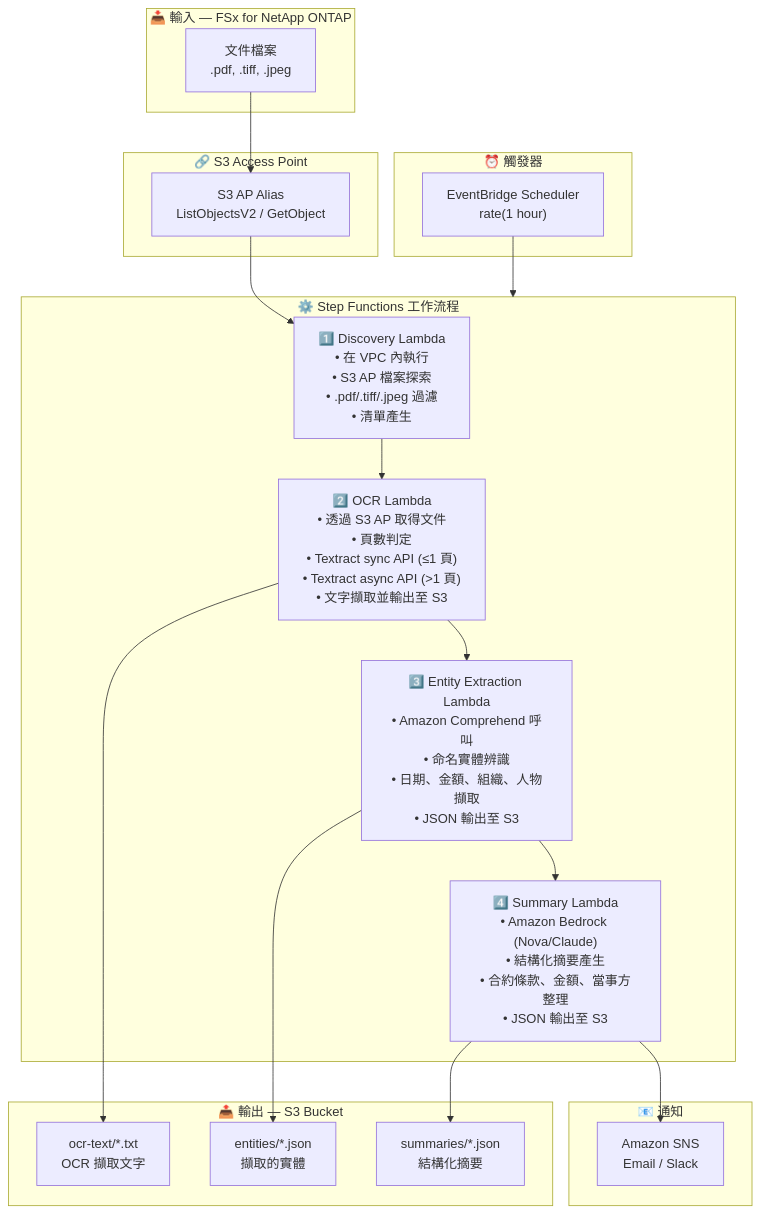
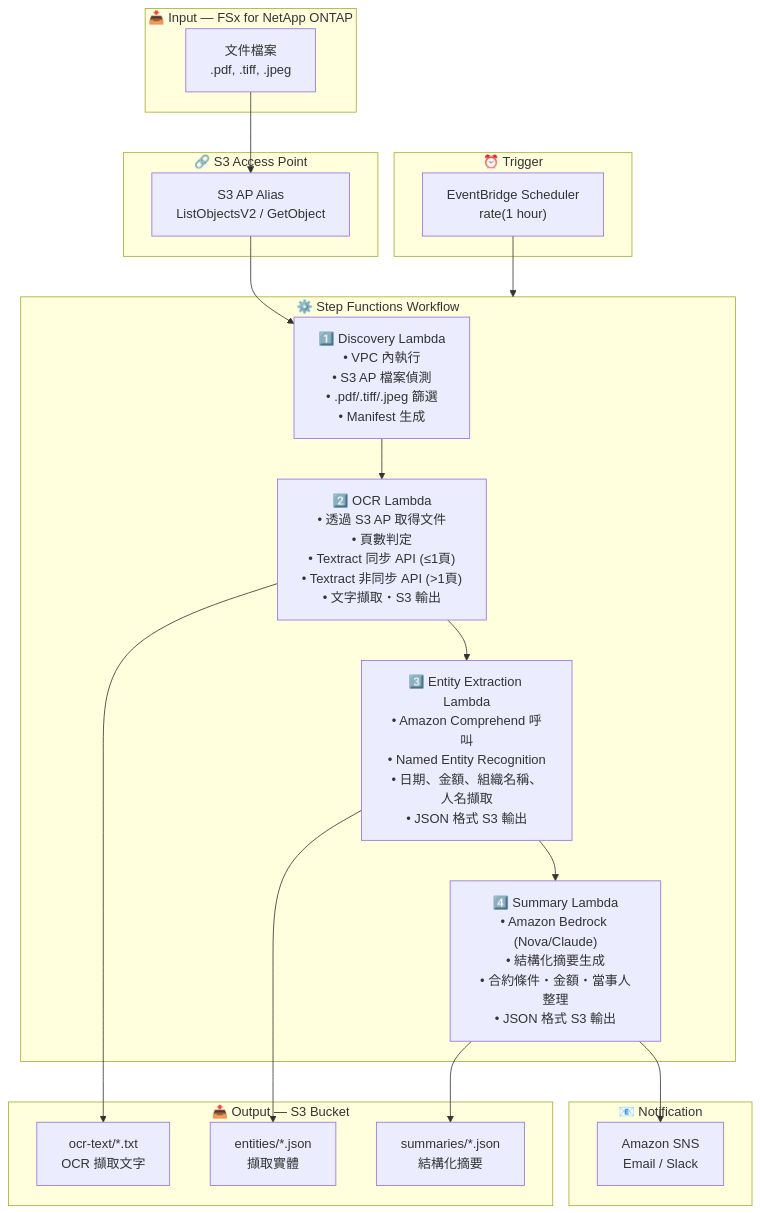
Before and after one commit to Yoshiki0705/FSx-for-ONTAP-S3AccessPoints-Serverless-Patterns: the diagram in financial-idp/docs/architecture.zh-TW.md, drawn with Mermaid. The commit also changed other lines of this file and 54 other files, not shown here.

````diff
--- a/financial-idp/docs/architecture.zh-TW.md
+++ b/financial-idp/docs/architecture.zh-TW.md
@@ -11,42 +13,42 @@
 ```mermaid
 flowchart TB
-    subgraph INPUT["📥 輸入 — FSx for NetApp ONTAP"]
+    subgraph INPUT["📥 Input — FSx for NetApp ONTAP"]
         DOCS["文件檔案<br/>.pdf, .tiff, .jpeg"]
     end
 
     subgraph S3AP["🔗 S3 Access Point"]
         ALIAS["S3 AP Alias<br/>ListObjectsV2 / GetObject"]
     end
 
-    subgraph TRIGGER["⏰ 觸發器"]
+    subgraph TRIGGER["⏰ Trigger"]
         EB["EventBridge Scheduler<br/>rate(1 hour)"]
     end
 
-    subgraph SFN["⚙️ Step Functions 工作流程"]
-        DISC["1️⃣ Discovery Lambda<br/>• 在 VPC 內執行<br/>• S3 AP 檔案探索<br/>• .pdf/.tiff/.jpeg 過濾<br/>• 清單產生"]
-        OCR["2️⃣ OCR Lambda<br/>• 透過 S3 AP 取得文件<br/>• 頁數判定<br/>• Textract sync API (≤1 頁)<br/>• Textract async API (>1 頁)<br/>• 文字擷取並輸出至 S3"]
-        ENT["3️⃣ Entity Extraction Lambda<br/>• Amazon Comprehend 呼叫<br/>• 命名實體辨識<br/>• 日期、金額、組織、人物擷取<br/>• JSON 輸出至 S3"]
-        SUM["4️⃣ Summary Lambda<br/>• Amazon Bedrock (Nova/Claude)<br/>• 結構化摘要產生<br/>• 合約條款、金額、當事方整理<br/>• JSON 輸出至 S3"]
+    subgraph SFN["⚙️ Step Functions Workflow"]
+        DISC["1️⃣ Discovery Lambda<br/>• VPC 內執行<br/>• S3 AP 檔案偵測<br/>• .pdf/.tiff/.jpeg 篩選<br/>• Manifest 生成"]
+        OCR["2️⃣ OCR Lambda<br/>• 透過 S3 AP 取得文件<br/>• 頁數判定<br/>• Textract 同步 API (≤1頁)<br/>• Textract 非同步 API (>1頁)<br/>• 文字擷取・S3 輸出"]
+        ENT["3️⃣ Entity Extraction Lambda<br/>• Amazon Comprehend 呼叫<br/>• Named Entity Recognition<br/>• 日期、金額、組織名稱、人名擷取<br/>• JSON 格式 S3 輸出"]
+        SUM["4️⃣ Summary Lambda<br/>• Amazon Bedrock (Nova/Claude)<br/>• 結構化摘要生成<br/>• 合約條件・金額・當事人整理<br/>• JSON 格式 S3 輸出"]
     end
 
-    subgraph OUTPUT["📤 輸出 — S3 Bucket"]
+    subgraph OUTPUT["📤 Output — S3 Bucket"]
         TEXT["ocr-text/*.txt<br/>OCR 擷取文字"]
-        ENTITIES["entities/*.json<br/>擷取的實體"]
+        ENTITIES["entities/*.json<br/>擷取實體"]
         SUMMARY["summaries/*.json<br/>結構化摘要"]
     end
 
-    subgraph NOTIFY["📧 通知"]
+    subgraph NOTIFY["📧 Notification"]
         SNS["Amazon SNS<br/>Email / Slack"]
     end
 
     DOCS --> ALIAS
     ALIAS --> DISC
     EB --> SFN
     DISC --> OCR
     OCR --> ENT
     ENT --> SUM
     OCR --> TEXT
     ENT --> ENTITIES
     SUM --> SUMMARY
     SUM --> SNS
 ```
````
